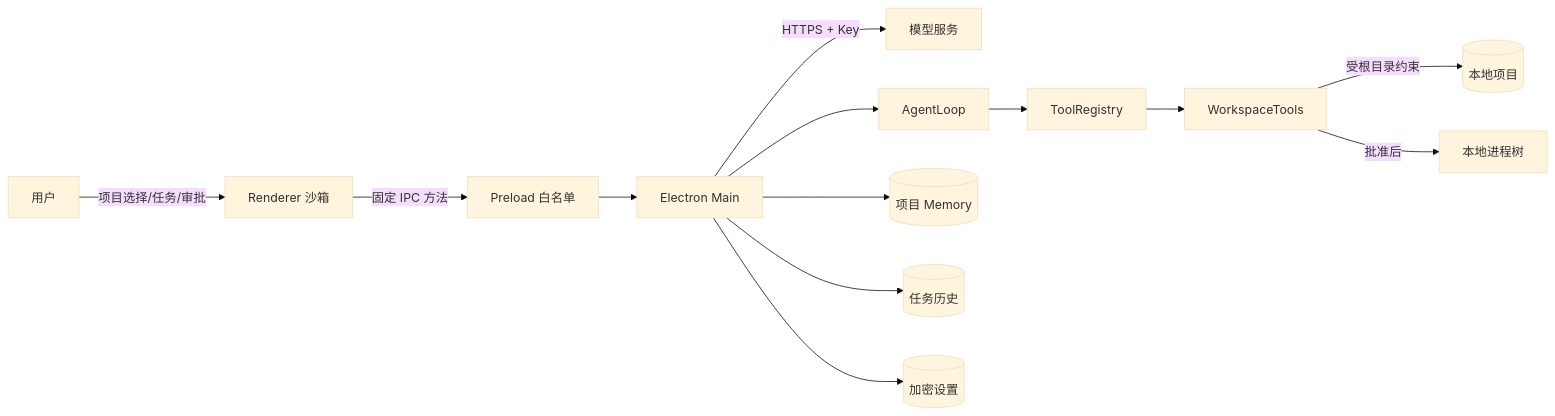
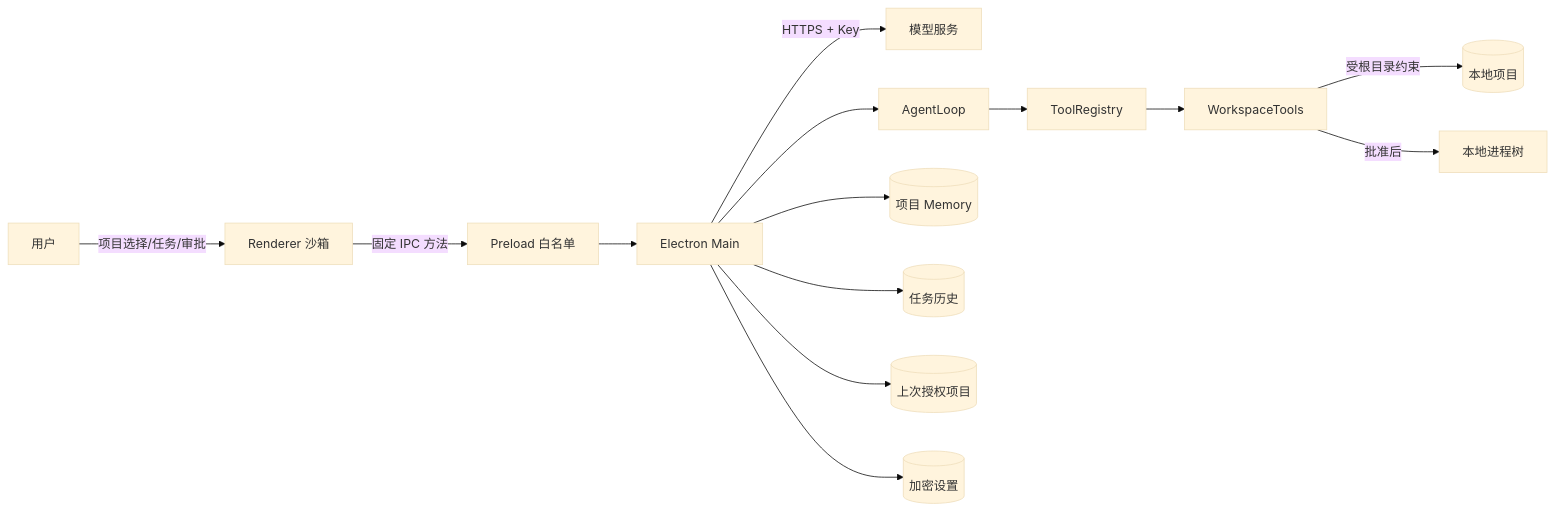
The first of 2 diagrams in docs/11-agent-data-flow.md (jycschool/localforge-agent), drawn with Mermaid (base theme) before and after one commit. The commit also changed other lines of this file and 59 other files, not shown here.

````diff
--- a/docs/11-agent-data-flow.md
+++ b/docs/11-agent-data-flow.md
@@ -9,15 +9,16 @@
 ```mermaid
 flowchart LR
     U[用户] -->|项目选择/任务/审批| R[Renderer 沙箱]
     R -->|固定 IPC 方法| P[Preload 白名单]
     P --> C[Electron Main]
     C -->|HTTPS + Key| M[模型服务]
     C --> A[AgentLoop]
     A --> TR[ToolRegistry]
     TR --> WT[WorkspaceTools]
     WT -->|受根目录约束| W[(本地项目)]
     WT -->|批准后| OS[本地进程树]
     C --> PC[(项目 Memory)]
     C --> RH[(任务历史)]
+    C --> WS[(上次授权项目)]
     C --> CFG[(加密设置)]
 ```
````
